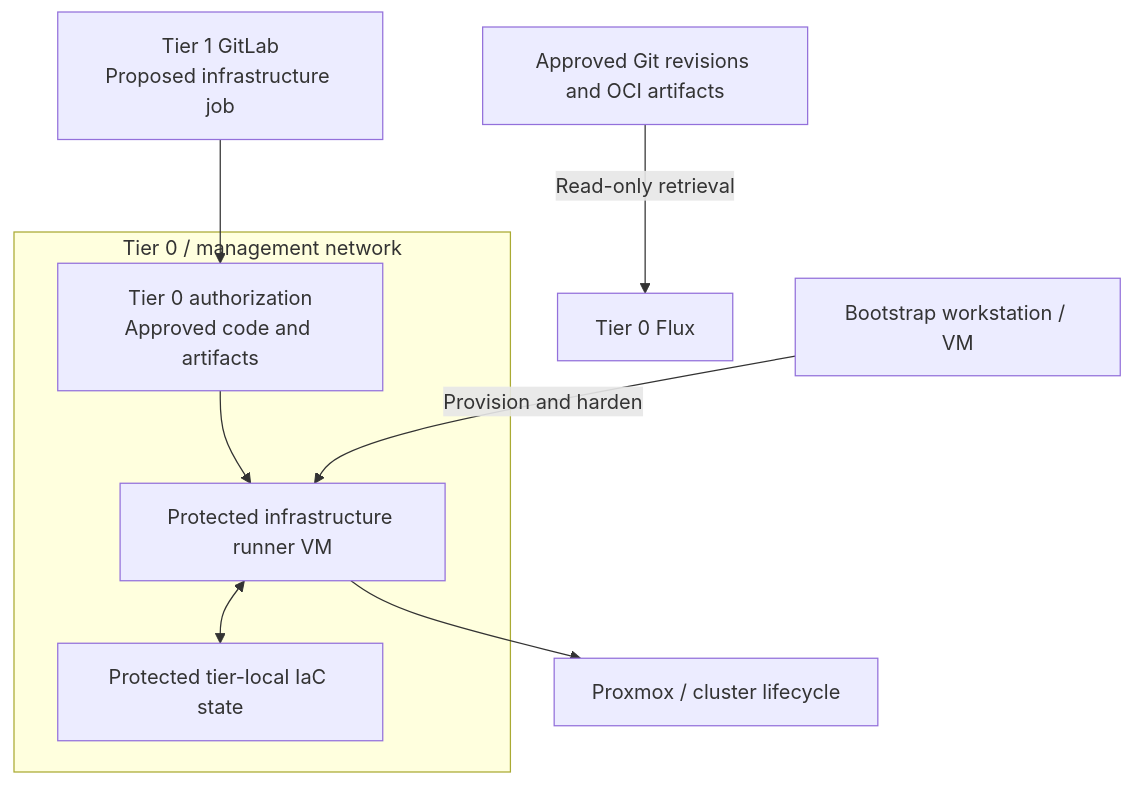
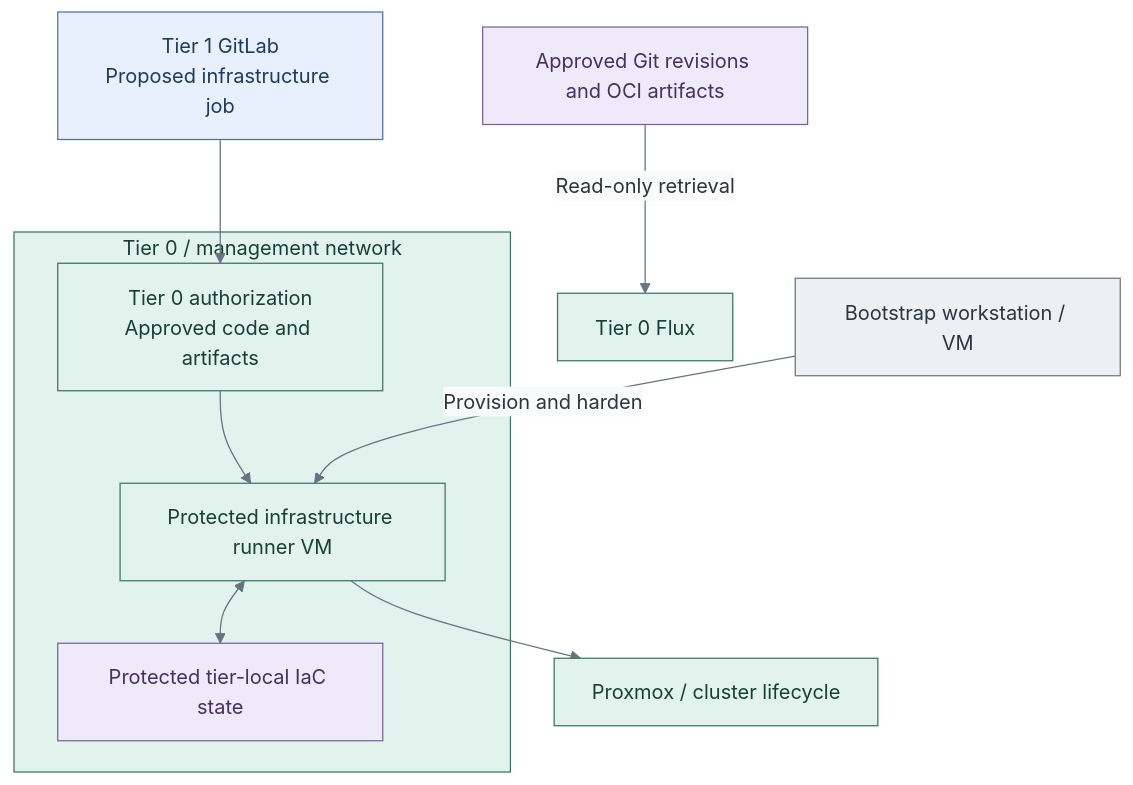
The second of 2 diagrams in docs/deployment/stage-5-delivery/README.md (Rexus/homelab), drawn with Mermaid before and after one commit. The commit also changed other lines of this file and 49 other files, not shown here.

Commit message:
docs(diagrams): clarify tier layouts and visual styles

````diff
--- a/docs/deployment/stage-5-delivery/README.md
+++ b/docs/deployment/stage-5-delivery/README.md
@@ -79,16 +90,26 @@
 ```mermaid
+%%{init: {"theme":"base","themeVariables":{"lineColor":"#627581","edgeLabelBackground":"#f8fafc"}}}%%
 flowchart TB
   Git["Tier 1 GitLab<br/>Proposed infrastructure job"]
   Bootstrap["Bootstrap workstation / VM"]
   subgraph Management["Tier 0 / management network"]
     Gate["Tier 0 authorization<br/>Approved code and artifacts"]
     Runner["Protected infrastructure runner VM"]
     State["Protected tier-local IaC state"]
     Gate --> Runner
     Runner <--> State
   end
   Git --> Gate
   Bootstrap -->|Provision and harden| Runner
   Runner --> PVE["Proxmox / cluster lifecycle"]
   Sources["Approved Git revisions and OCI artifacts"] -->|Read-only retrieval| Flux["Tier 0 Flux"]
+  classDef default fill:#f8fafc,stroke:#64748b,color:#1f2937
+  classDef services fill:#e7f0fc,stroke:#4d719b,color:#203a5b
+  classDef actor fill:#edf0f3,stroke:#697682,color:#293642
+  classDef control fill:#e2f3ed,stroke:#397366,color:#173f36
+  classDef data fill:#eeeafa,stroke:#78639b,color:#42325d
+  class Git services
+  class Bootstrap actor
+  class Management,Gate,Runner,PVE,Flux control
+  class State,Sources data
 ```
````
